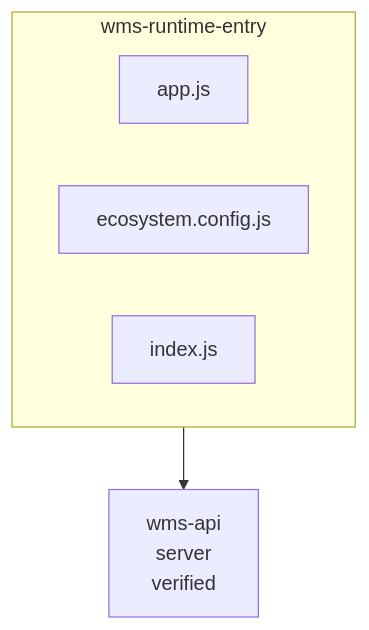
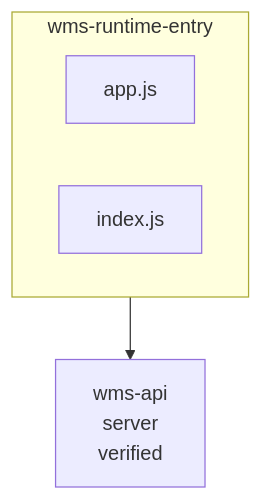
Before and after one commit to Islamce/WMS: the diagram in .ai/diagrams/component-wms-runtime-entry.md, drawn with Mermaid. The commit also changed other lines of this file and 19 other files, not shown here.

````diff
--- a/.ai/diagrams/component-wms-runtime-entry.md
+++ b/.ai/diagrams/component-wms-runtime-entry.md
@@ -7,10 +7,9 @@
 ```mermaid
 graph TB
   subgraph wms_runtime_entry_box["wms-runtime-entry"]
     ep_app_js["app.js"]
-    ep_ecosystem_config_js["ecosystem.config.js"]
     ep_index_js["index.js"]
   end
   wms_api["wms-api<br/>server<br/>verified"]
   wms_runtime_entry_box --> wms_api
 ```
````
